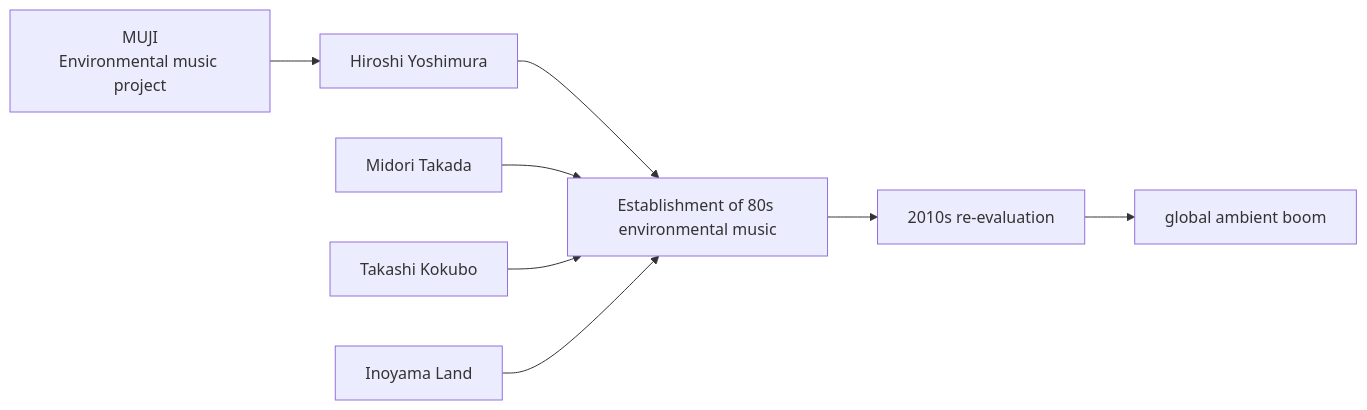
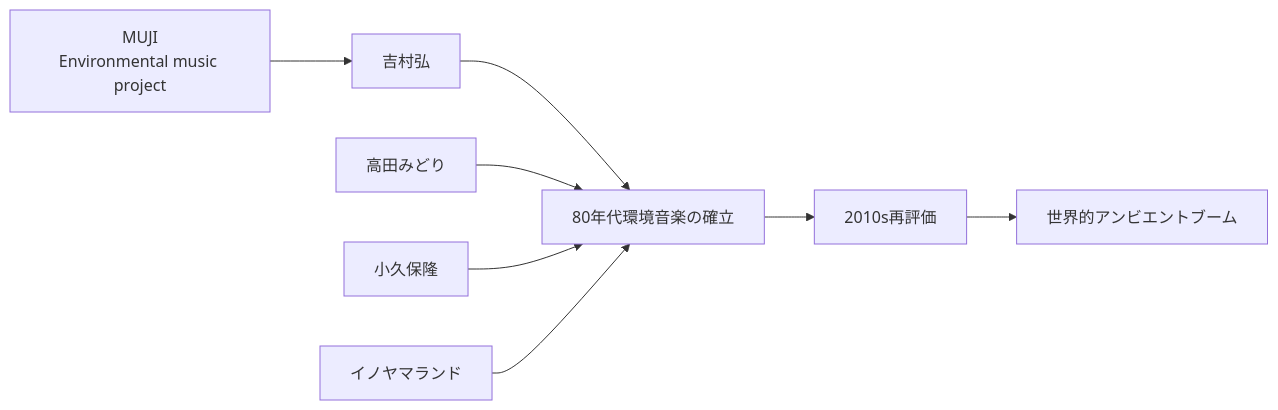
The diagram in en/_posts/2025-11-28-column-japanese-ambient-environmental-music.md (monumental-movement/monumental-movement.github.io), drawn with Mermaid before and after one commit. The commit also changed other lines of this file and 2196 other files, not shown here.

```diff
--- a/en/_posts/2025-11-28-column-japanese-ambient-environmental-music.md
+++ b/en/_posts/2025-11-28-column-japanese-ambient-environmental-music.md
@@ -253,10 +253,10 @@
 <div class="mermaid">
 graph LR
-    MUJI[MUJI<br>Environmental music project] --> YH[Hiroshi Yoshimura]
-    YH --> JP[Establishment of 80s environmental music]
-    MT[Midori Takada] --> JP
-    TK[Takashi Kokubo] --> JP
-    INO[Inoyama Land] --> JP
-    JP --> RE[2010s re-evaluation]
-    RE --> WW[global ambient boom]
+    MUJI[MUJI<br>Environmental music project] --> YH[吉村弘]
+    YH --> JP[80年代環境音楽の確立]
+    MT[高田みどり] --> JP
+    TK[小久保隆] --> JP
+    INO[イノヤマランド] --> JP
+    JP --> RE[2010s再評価]
+    RE --> WW[世界的アンビエントブーム]
 </div>
```
